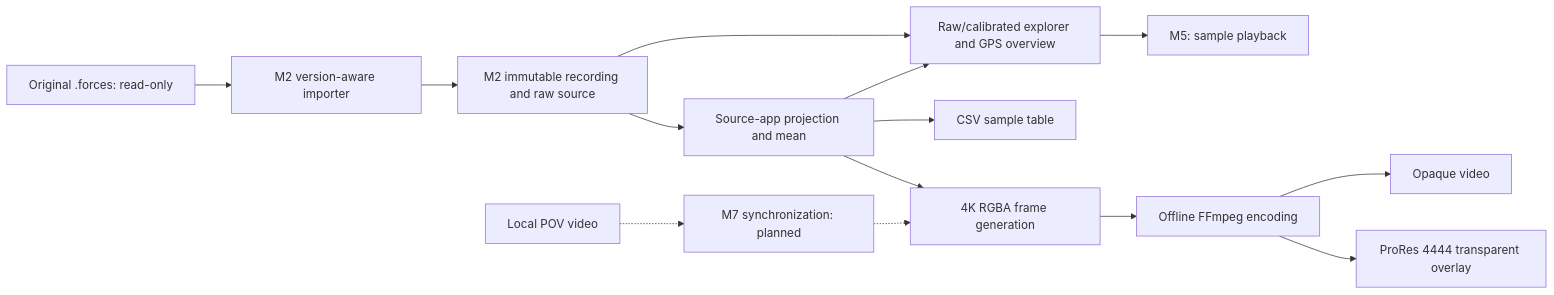
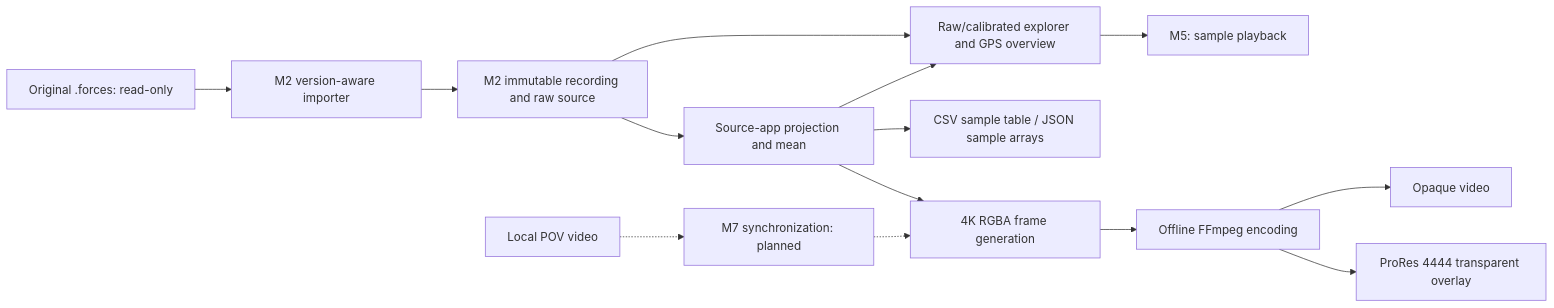
Before and after one commit to rudnerbjoern/ride-forces-analyzer: the diagram in docs/architecture/04_solution_strategy.md, drawn with Mermaid. The commit also changed 22 other files, not shown here.

````diff
--- a/docs/architecture/04_solution_strategy.md
+++ b/docs/architecture/04_solution_strategy.md
@@ -13,16 +13,16 @@
 ```mermaid
 flowchart LR
     Original["Original .forces: read-only"] --> Importer["M2 version-aware importer"]
     Importer --> Canonical["M2 immutable recording and raw source"]
     Canonical --> Analysis["Source-app projection and mean"]
     Canonical --> Explorer["Raw/calibrated explorer and GPS overview"]
     Analysis --> Explorer
-    Analysis --> CSV["CSV sample table"]
+    Analysis --> Data["CSV sample table / JSON sample arrays"]
     Explorer --> Playback["M5: sample playback"]
     Analysis --> Frames["4K RGBA frame generation"]
     Frames --> Encoder["Offline FFmpeg encoding"]
     Encoder --> Opaque["Opaque video"]
     Encoder --> Overlay["ProRes 4444 transparent overlay"]
     POV["Local POV video"] -.-> Sync["M7 synchronization: planned"]
     Sync -.-> Frames
 ```
````
